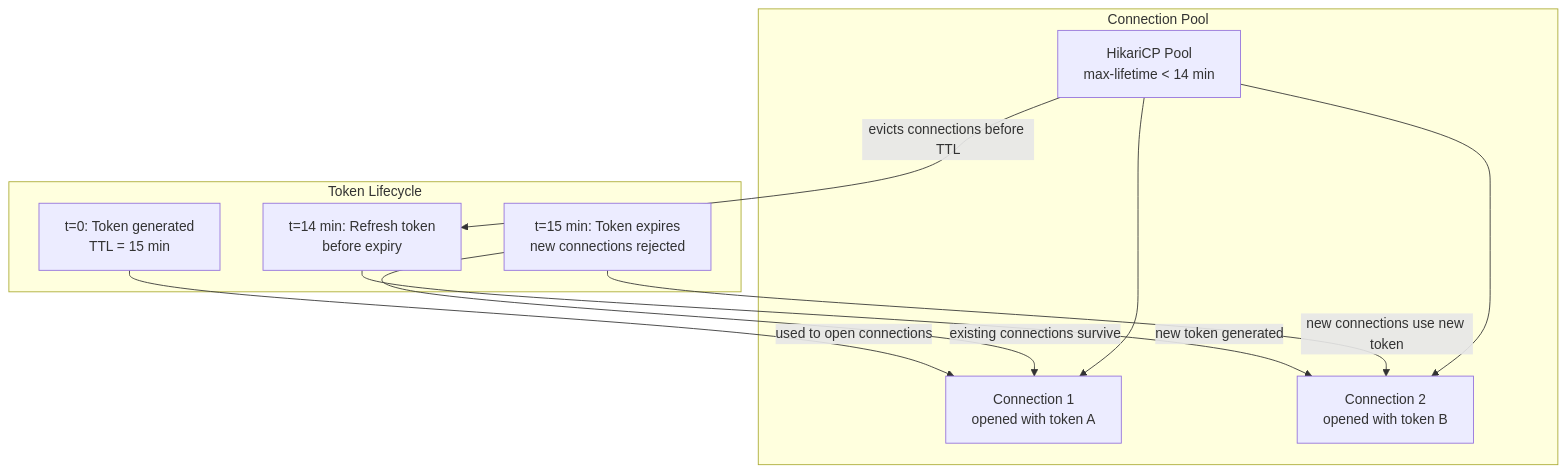
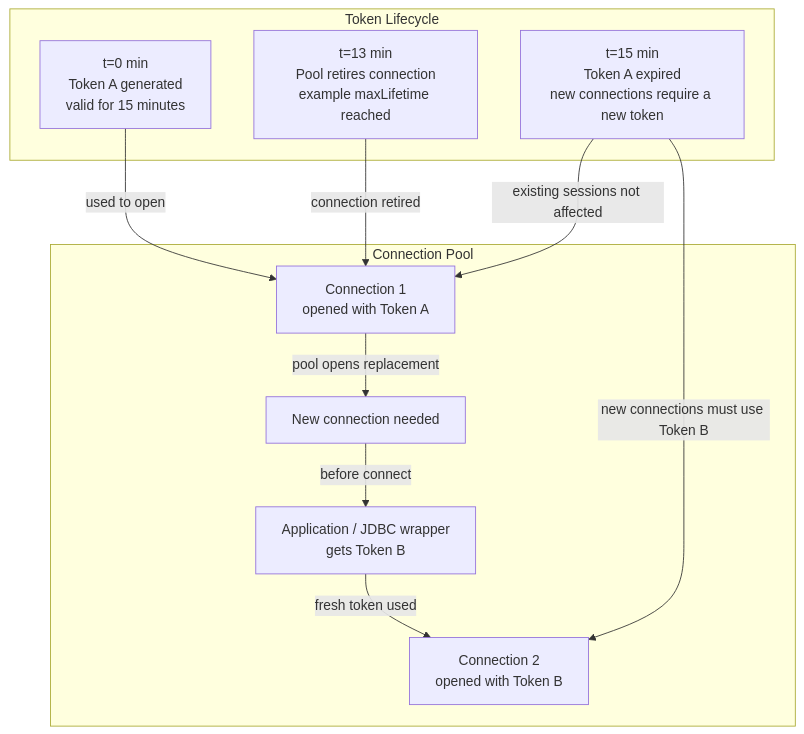
One commit to SaschaMoellering/acmecorp-platform changed the third of 3 diagrams in docs/episodes/episode-09/episode-09-aurora-iam-auth.md. Above: the diagram before and after it, drawn with Mermaid. The commit also changed other lines of this file and 16 other files, not shown here.

````diff
--- a/docs/episodes/episode-09/episode-09-aurora-iam-auth.md
+++ b/docs/episodes/episode-09/episode-09-aurora-iam-auth.md
@@ -95,22 +108,23 @@
 ```mermaid
 flowchart TD
     subgraph Token Lifecycle
-        T0[t=0: Token generated\nTTL = 15 min]
-        T14[t=14 min: Refresh token\nbefore expiry]
-        T15[t=15 min: Token expires\nnew connections rejected]
+        T0[t=0 min\nToken A generated\nvalid for 15 minutes]
+        T13[t=13 min\nPool retires connection\nexample maxLifetime reached]
+        T15[t=15 min\nToken A expired\nnew connections require a new token]
     end
 
     subgraph Connection Pool
-        Pool[HikariCP Pool\nmax-lifetime < 14 min]
-        Conn1[Connection 1\nopened with token A]
-        Conn2[Connection 2\nopened with token B]
+        Conn1[Connection 1\nopened with Token A]
+        NewConn[New connection needed]
+        TokenGen[Application / JDBC wrapper\ngets Token B]
+        Conn2[Connection 2\nopened with Token B]
     end
 
-    T0 -->|used to open connections| Conn1
-    T14 -->|new token generated| Conn2
-    T15 -->|existing connections survive| Conn1
-    T15 -->|new connections use new token| Conn2
-    Pool -->|evicts connections before TTL| T14
-    Pool --> Conn1
-    Pool --> Conn2
+    T0 -->|used to open| Conn1
+    T13 -->|connection retired| Conn1
+    Conn1 -->|pool opens replacement| NewConn
+    NewConn -->|before connect| TokenGen
+    TokenGen -->|fresh token used| Conn2
+    T15 -->|existing sessions not affected| Conn1
+    T15 -->|new connections must use Token B| Conn2
 ```
````
